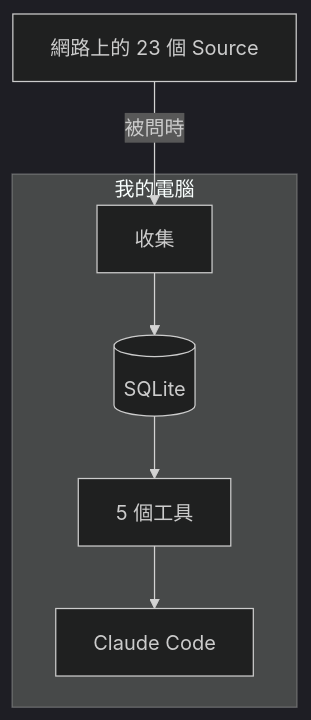
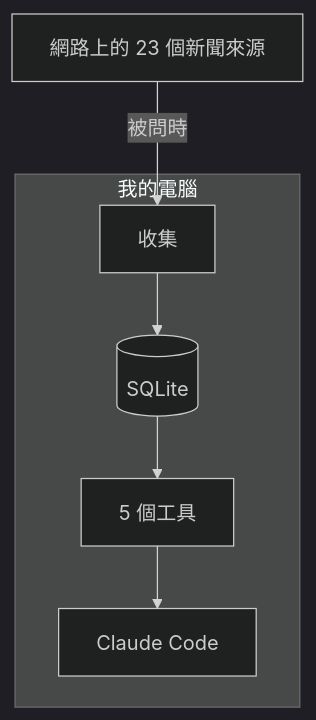
Before and after one commit to duncan-wen/dwen-cms: the first of 2 diagrams in content/posts/ai-news-mcp-server/index.mdx, drawn with Mermaid (dark theme). The commit also changed other lines of this file, not shown here.

````diff
--- a/content/posts/ai-news-mcp-server/index.mdx
+++ b/content/posts/ai-news-mcp-server/index.mdx
@@ -39,14 +41,14 @@
 ```mermaid
 flowchart TD
-  sources[網路上的 23 個 Source]
+  sources[網路上的 23 個新聞來源]
   subgraph pc[我的電腦]
     collect[收集]
     db[(SQLite)]
     tools[5 個工具]
     claude[Claude Code]
   end
   sources -->|被問時| collect
   collect --> db
   db --> tools
   tools --> claude
 ```
````
